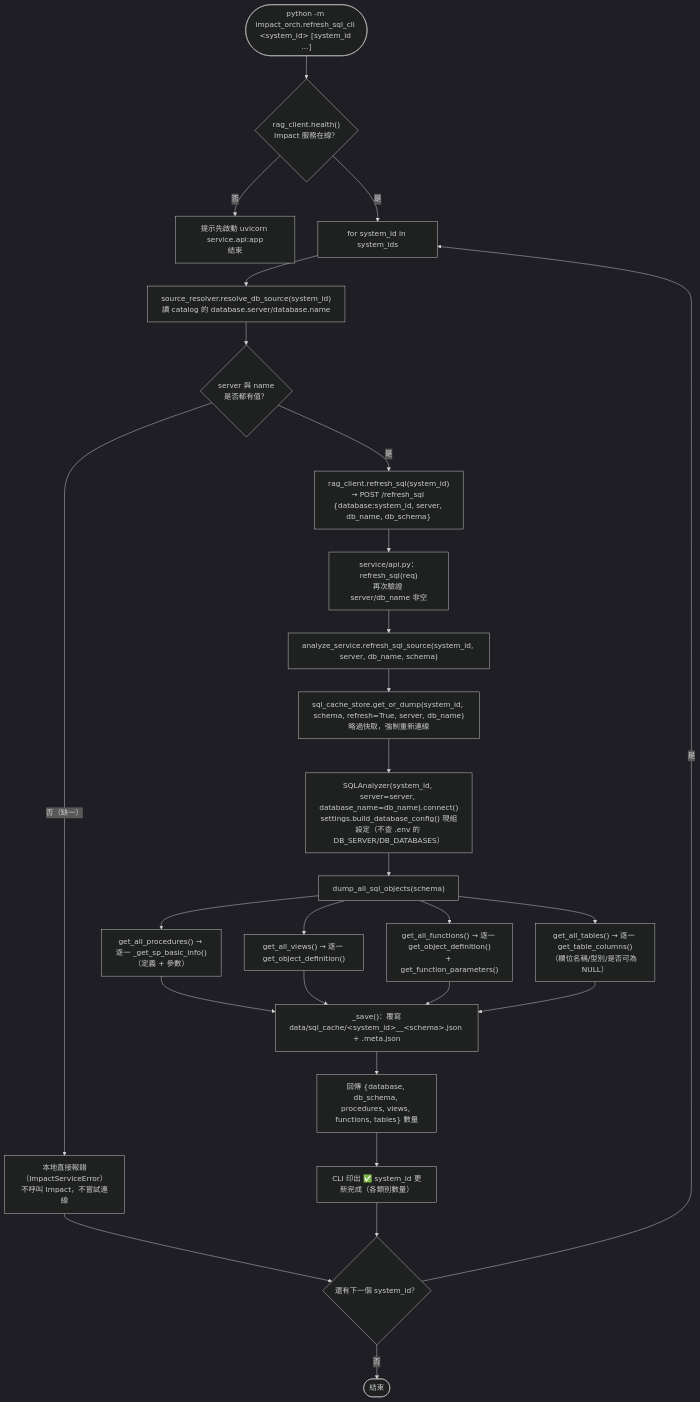
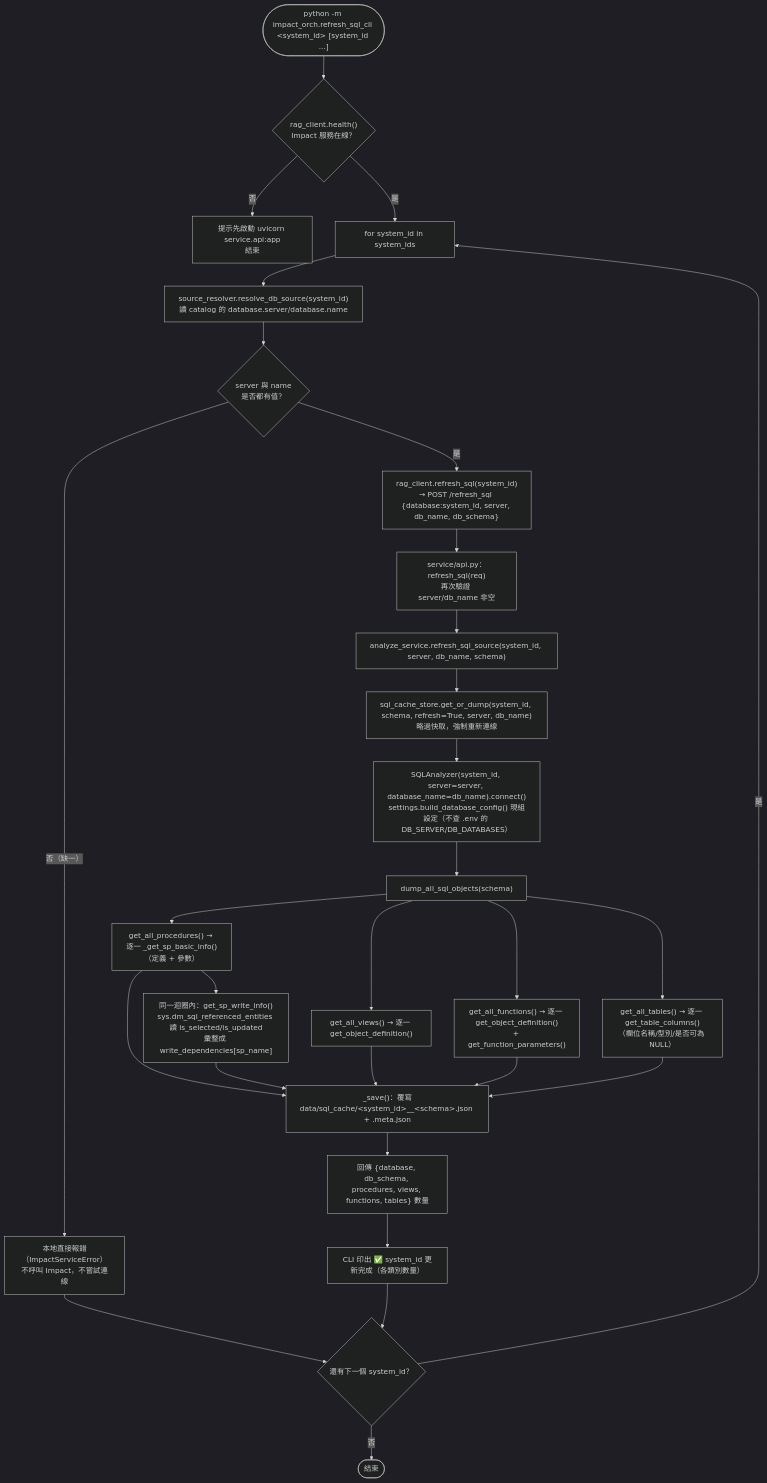
The fifth of 10 diagrams in docs/流程圖.md (vy088772/Impact_analysis_system), drawn with Mermaid (dark theme) before and after one commit. The commit also changed other lines of this file and 6 other files, not shown here.

````diff
--- a/docs/流程圖.md
+++ b/docs/流程圖.md
@@ -288,35 +289,37 @@
 ```mermaid
 flowchart TD
     Start(["python -m impact_orch.refresh_sql_cli &lt;system_id&gt; [system_id ...]"]) --> Health{"rag_client.health()<br/>Impact 服務在線？"}
     Health -- 否 --> Fail["提示先啟動 uvicorn service.api:app<br/>結束"]
     Health -- 是 --> Loop["for system_id in system_ids"]
 
     Loop --> Resolve["source_resolver.resolve_db_source(system_id)<br/>讀 catalog 的 database.server/database.name"]
     Resolve --> Check{"server 與 name<br/>是否都有值？"}
     Check -- 否（缺一） --> ClientErr["本地直接報錯（ImpactServiceError）<br/>不呼叫 Impact，不嘗試連線"]
     ClientErr --> NextCheck
     Check -- 是 --> Call["rag_client.refresh_sql(system_id)<br/>→ POST /refresh_sql {database:system_id, server, db_name, db_schema}"]
 
     Call --> Api["service/api.py：refresh_sql(req)<br/>再次驗證 server/db_name 非空"]
     Api --> RS["analyze_service.refresh_sql_source(system_id, server, db_name, schema)"]
 
     RS --> Dump["sql_cache_store.get_or_dump(system_id, schema, refresh=True, server, db_name)<br/>略過快取，強制重新連線"]
     Dump --> Connect["SQLAnalyzer(system_id, server=server, database_name=db_name).connect()<br/>settings.build_database_config() 現組設定（不查 .env 的 DB_SERVER/DB_DATABASES）"]
     Connect --> DumpAll["dump_all_sql_objects(schema)"]
 
     DumpAll --> P1["get_all_procedures() → 逐一 _get_sp_basic_info()<br/>（定義 + 參數）"]
+    P1 --> P1w["同一迴圈內：get_sp_write_info()<br/>sys.dm_sql_referenced_entities 讀 is_selected/is_updated<br/>彙整成 write_dependencies[sp_name]"]
     DumpAll --> P2["get_all_views() → 逐一 get_object_definition()"]
     DumpAll --> P3["get_all_functions() → 逐一 get_object_definition()<br/>+ get_function_parameters()"]
     DumpAll --> P4["get_all_tables() → 逐一 get_table_columns()<br/>（欄位名稱/型別/是否可為 NULL）"]
 
     P1 --> Save
+    P1w --> Save
     P2 --> Save
     P3 --> Save
     P4 --> Save
 
     Save["_save()：覆寫<br/>data/sql_cache/&lt;system_id&gt;__&lt;schema&gt;.json + .meta.json"] --> Resp["回傳 {database, db_schema, procedures, views, functions, tables} 數量"]
     Resp --> Print["CLI 印出 ✅ system_id 更新完成（各類別數量）"]
     Print --> NextCheck{"還有下一個 system_id？"}
     NextCheck -- 是 --> Loop
     NextCheck -- 否 --> End(["結束"])
 ```
````
